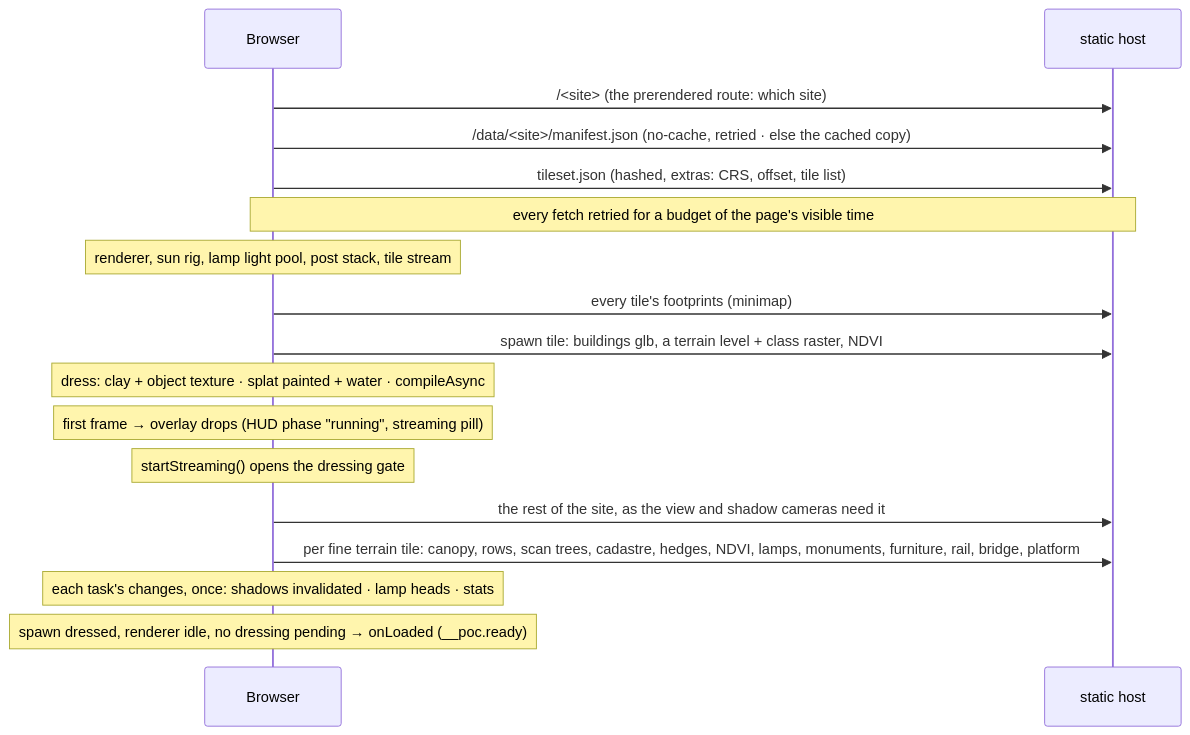
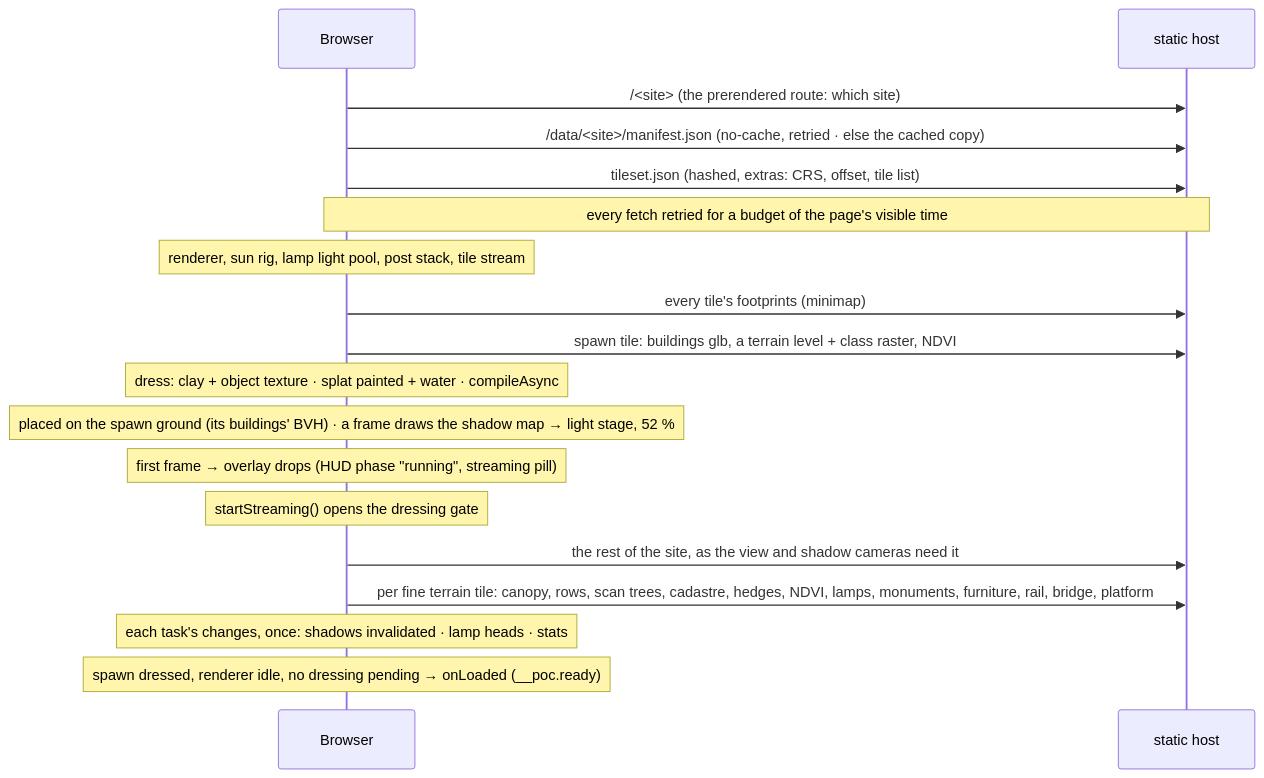
Before and after one commit to mdugue/bridge: the second of 2 diagrams in docs/rendering.md, drawn with Mermaid. The commit also changed other lines of this file and 5 other files, not shown here.

First line of the commit message:
perf(boot): the light stage ends once the shadow map is drawn

````diff
--- a/docs/rendering.md
+++ b/docs/rendering.md
@@ -929,19 +929,20 @@
 ```mermaid
 sequenceDiagram
   participant B as Browser
   participant S as static host
   B->>S: /<site> (the prerendered route: which site)
   B->>S: /data/<site>/manifest.json (no-cache, retried · else the cached copy)
   B->>S: tileset.json (hashed, extras: CRS, offset, tile list)
   Note over B,S: every fetch retried for a budget of the page's visible time
   Note over B: renderer, sun rig, lamp light pool, post stack, tile stream
   B->>S: every tile's footprints (minimap)
   B->>S: spawn tile: buildings glb, a terrain level + class raster, NDVI
   Note over B: dress: clay + object texture · splat painted + water · compileAsync
+  Note over B: placed on the spawn ground (its buildings' BVH) · a frame draws the shadow map → light stage, 52 %
   Note over B: first frame → overlay drops (HUD phase "running", streaming pill)
   Note over B: startStreaming() opens the dressing gate
   B->>S: the rest of the site, as the view and shadow cameras need it
   B->>S: per fine terrain tile: canopy, rows, scan trees, cadastre, hedges, NDVI, lamps, monuments, furniture, rail, bridge, platform
   Note over B: each task's changes, once: shadows invalidated · lamp heads · stats
   Note over B: spawn dressed, renderer idle, no dressing pending → onLoaded (__poc.ready)
 ```
````
